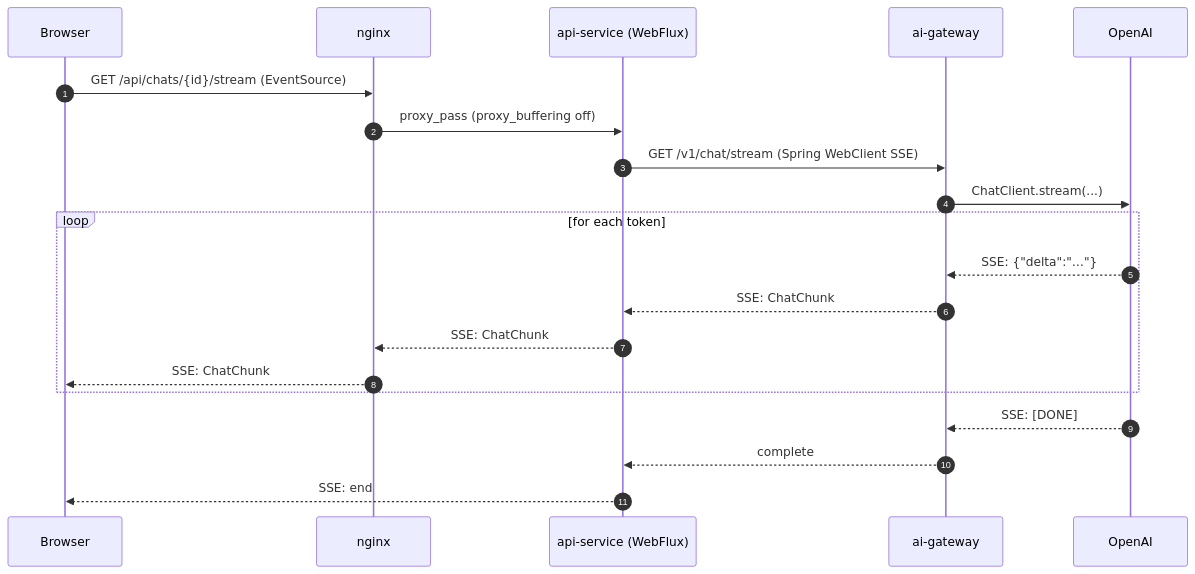
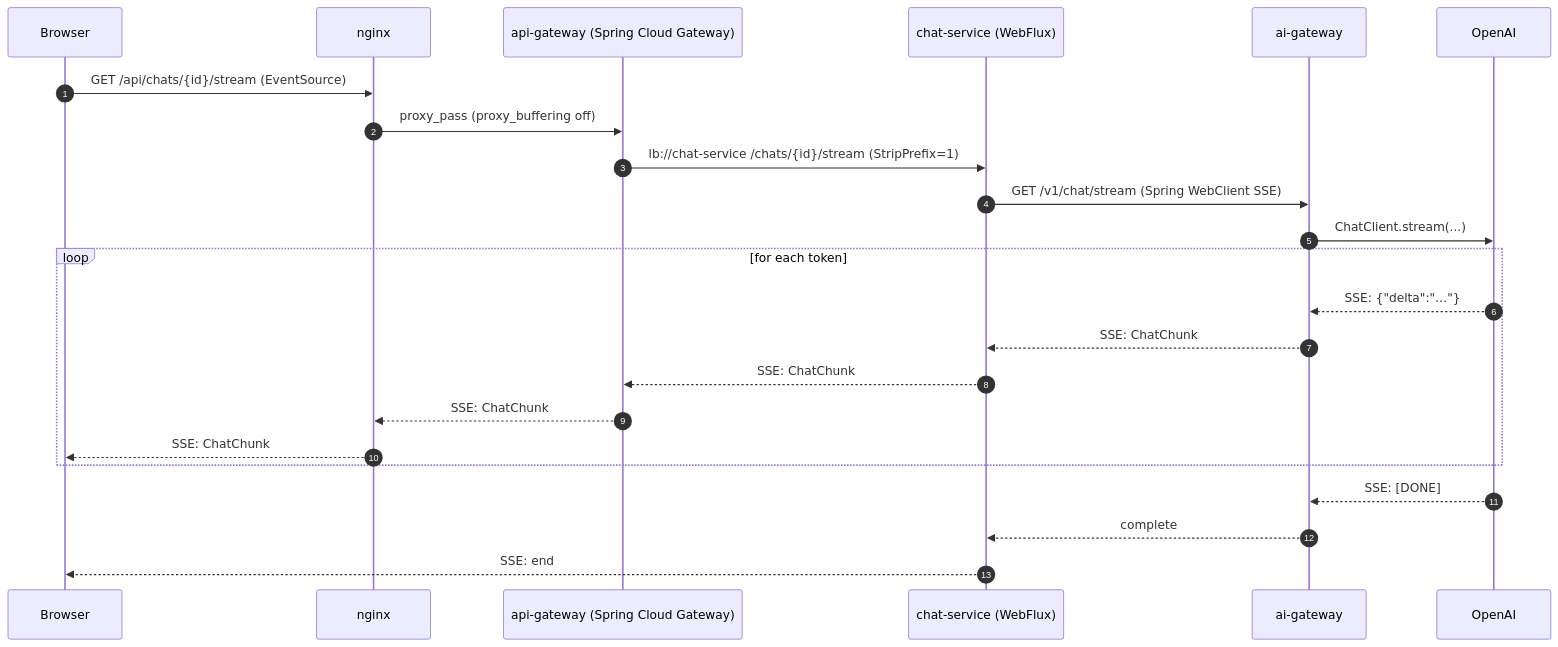
The diagram in docs/diagrams/chat-sequence.mmd (TonnTamerlan/java_ai_gateway), drawn with Mermaid before and after one commit. The commit also changed 47 other files, not shown here.

First line of the commit message:
chore: step 01b — discovery + edge Spring Cloud Gateway, chat-service split

```diff
--- a/docs/diagrams/chat-sequence.mmd
+++ b/docs/diagrams/chat-sequence.mmd
@@ -1,21 +1,24 @@
 sequenceDiagram
     autonumber
     participant Browser
     participant nginx
-    participant API as api-service (WebFlux)
+    participant SCG as api-gateway (Spring Cloud Gateway)
+    participant Chat as chat-service (WebFlux)
     participant Gateway as ai-gateway
     participant OpenAI
 
     Browser->>nginx: GET /api/chats/{id}/stream (EventSource)
-    nginx->>API: proxy_pass (proxy_buffering off)
-    API->>Gateway: GET /v1/chat/stream (Spring WebClient SSE)
+    nginx->>SCG: proxy_pass (proxy_buffering off)
+    SCG->>Chat: lb://chat-service /chats/{id}/stream (StripPrefix=1)
+    Chat->>Gateway: GET /v1/chat/stream (Spring WebClient SSE)
     Gateway->>OpenAI: ChatClient.stream(...)
     loop for each token
         OpenAI-->>Gateway: SSE: {"delta":"…"}
-        Gateway-->>API: SSE: ChatChunk
-        API-->>nginx: SSE: ChatChunk
+        Gateway-->>Chat: SSE: ChatChunk
+        Chat-->>SCG: SSE: ChatChunk
+        SCG-->>nginx: SSE: ChatChunk
         nginx-->>Browser: SSE: ChatChunk
     end
     OpenAI-->>Gateway: SSE: [DONE]
-    Gateway-->>API: complete
-    API-->>Browser: SSE: end
+    Gateway-->>Chat: complete
+    Chat-->>Browser: SSE: end
```
